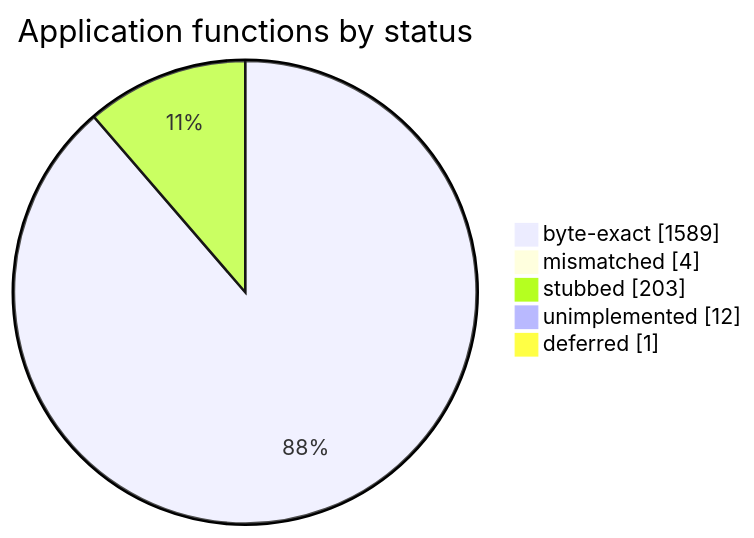
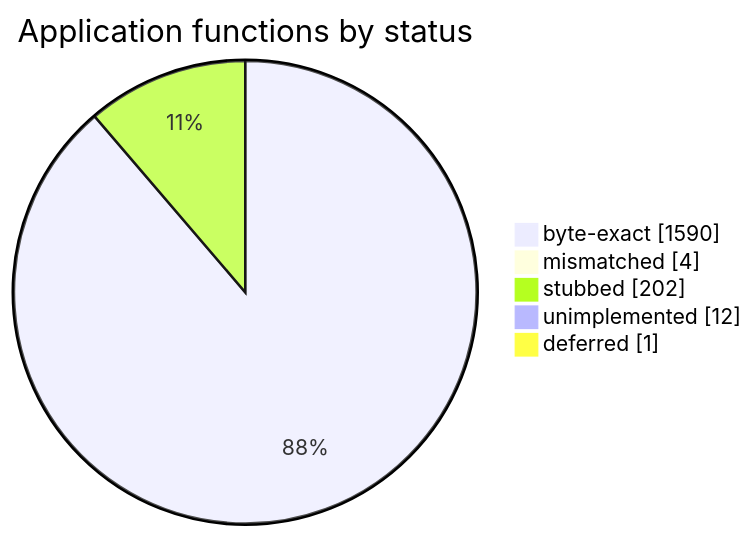
Before and after one commit to sorokya/eos: the diagram in README.md, drawn with Mermaid. The commit also changed other lines of this file and 4 other files, not shown here.

````diff
--- a/README.md
+++ b/README.md
@@ -152,9 +152,9 @@
 ```mermaid
 pie showData
     title Application functions by status
-    "byte-exact" : 1589
+    "byte-exact" : 1590
     "mismatched" : 4
-    "stubbed" : 203
+    "stubbed" : 202
     "unimplemented" : 12
     "deferred" : 1
 ```
````
